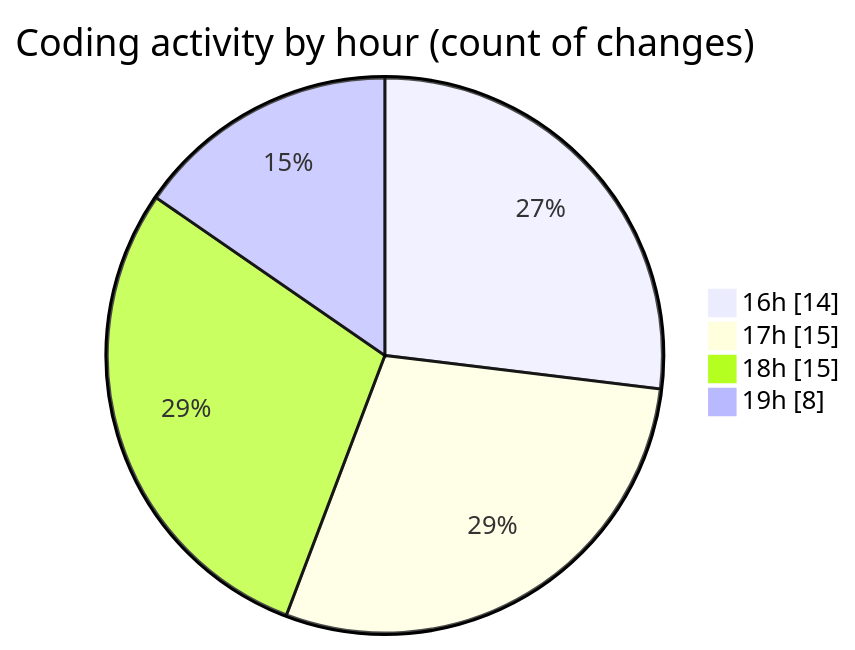
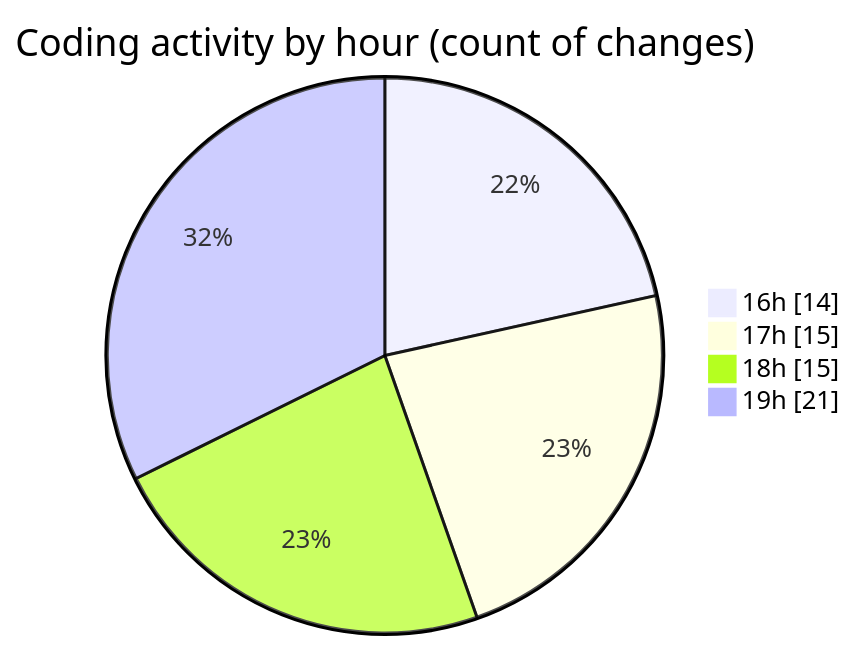
The second of 2 diagrams in 2025-01-31/flask/README.md (Elitesun/code-tracking), drawn with Mermaid before and after one commit. The commit also changed other lines of this file and 1 other file, not shown here.

````diff
--- a/2025-01-31/flask/README.md
+++ b/2025-01-31/flask/README.md
@@ -35,8 +38,8 @@
 ```mermaid
 pie showData
 title Coding activity by hour (count of changes)
 "16h" : 14
 "17h" : 15
 "18h" : 15
-"19h" : 8
+"19h" : 21
 ```
````
